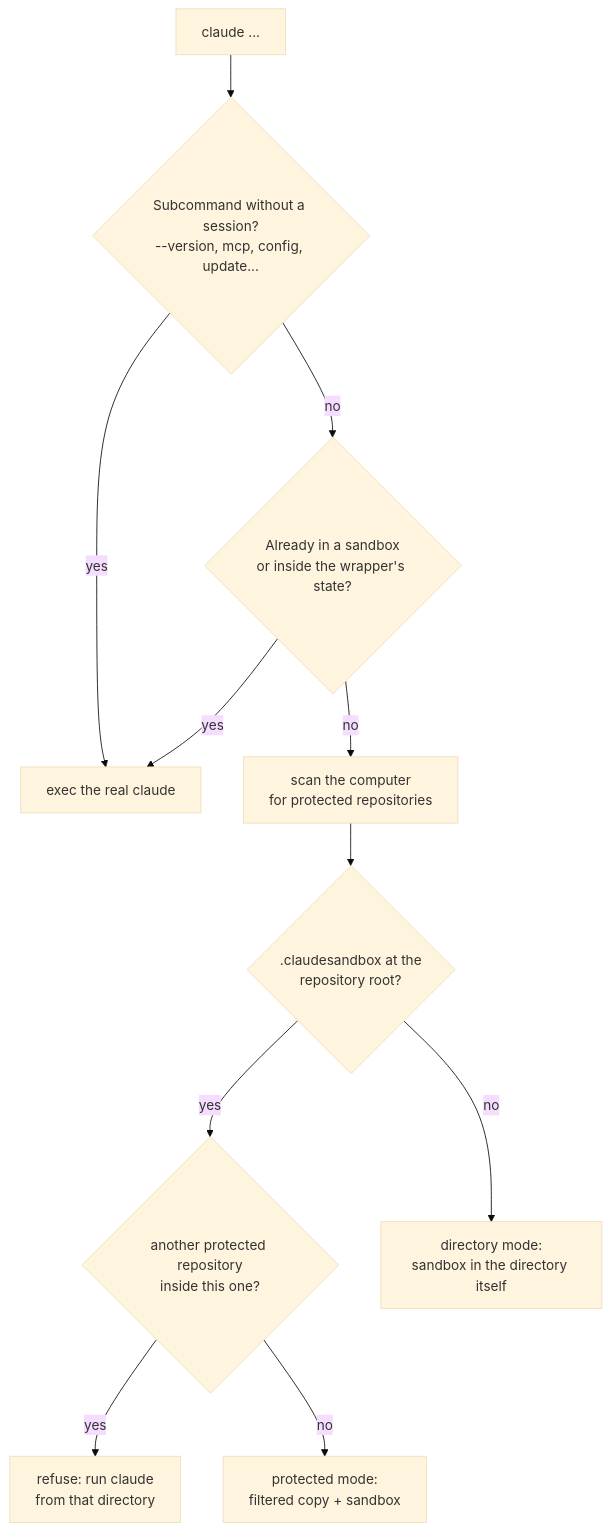
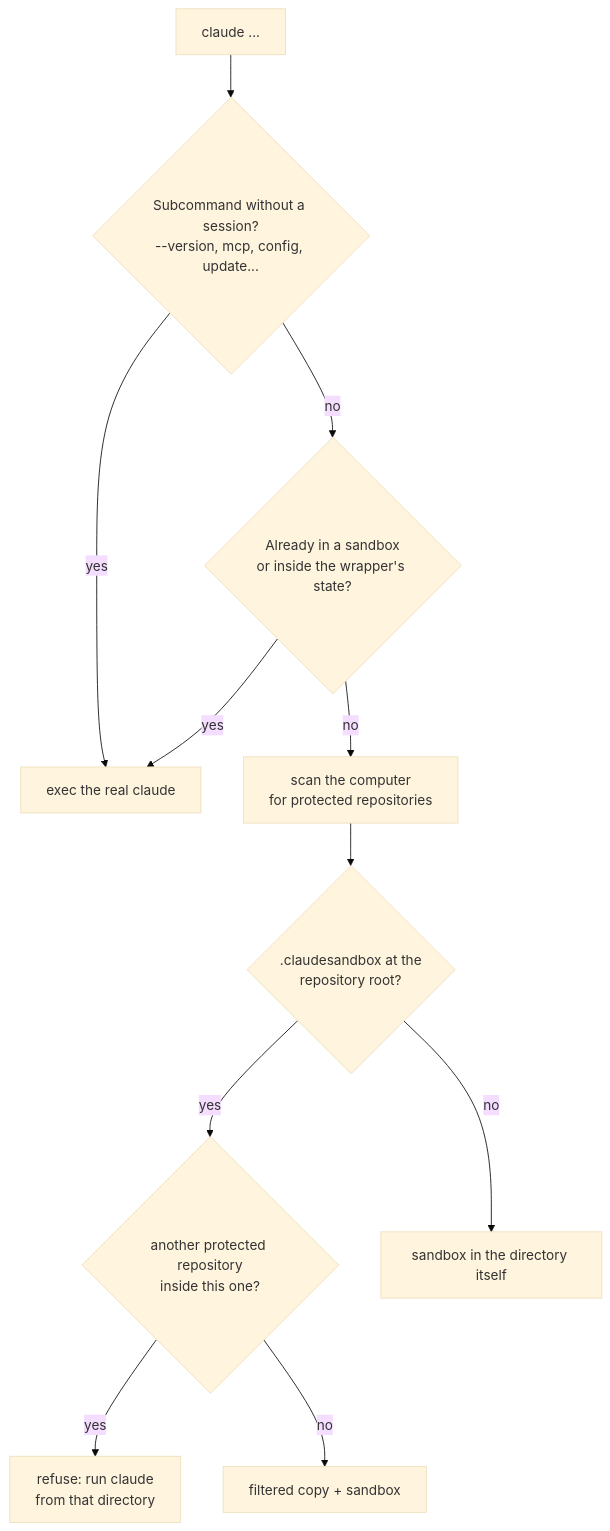
The second of 4 diagrams in docs/ARCHITECTURE.md (Lenstra/claude-secure-sandbox), drawn with Mermaid (base theme) before and after one commit. The commit also changed other lines of this file and 12 other files, not shown here.

````diff
--- a/docs/ARCHITECTURE.md
+++ b/docs/ARCHITECTURE.md
@@ -115,13 +115,13 @@
 ```mermaid
 flowchart TD
   start["claude ..."] --> sub{"Subcommand without a session?<br/>--version, mcp, config, update..."}
   sub -- yes --> real["exec the real claude"]
   sub -- no --> inside{"Already in a sandbox<br/>or inside the wrapper's state?"}
   inside -- yes --> real
   inside -- no --> scan["scan the computer<br/>for protected repositories"]
   scan --> root{".claudesandbox at the<br/>repository root?"}
   root -- yes --> nested{"another protected repository<br/>inside this one?"}
   nested -- yes --> refuse["refuse: run claude<br/>from that directory"]
-  nested -- no --> protected["protected mode:<br/>filtered copy + sandbox"]
-  root -- no --> directory["directory mode:<br/>sandbox in the directory itself"]
+  nested -- no --> protected["filtered copy + sandbox"]
+  root -- no --> directory["sandbox in the directory itself"]
 ```
````
